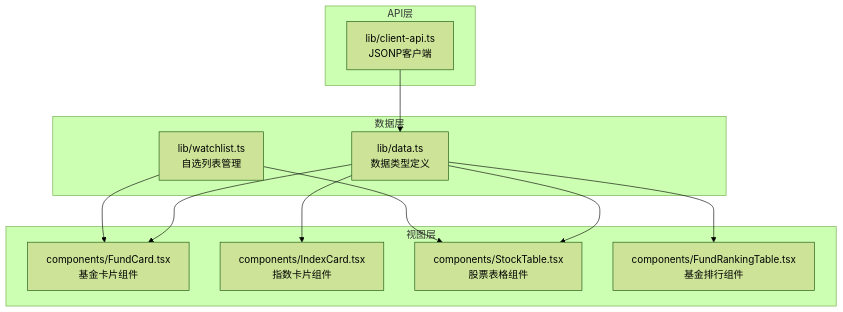
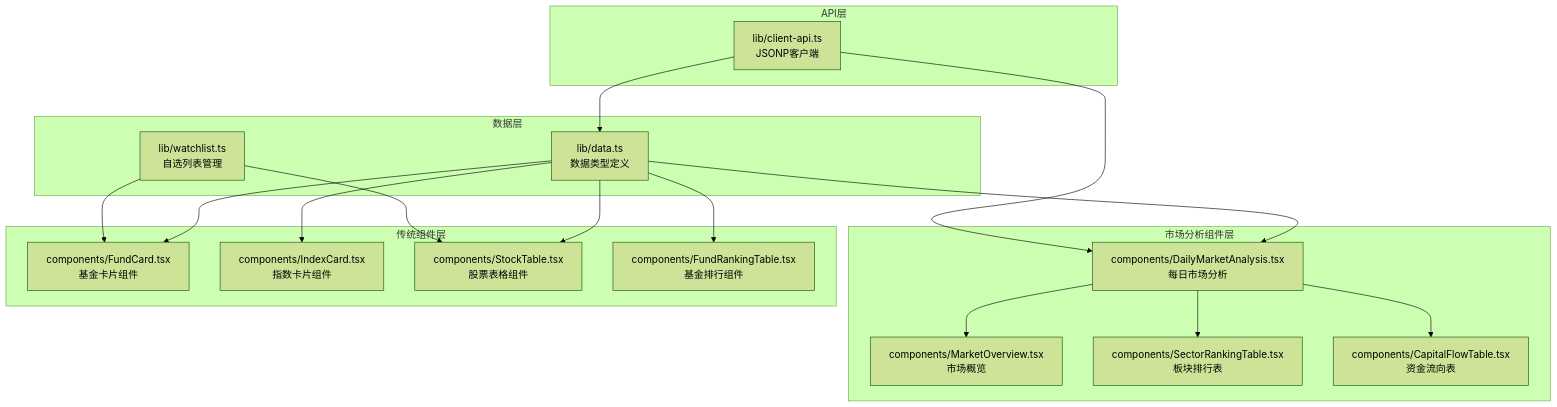
The first of 12 diagrams in .qoder/repowiki/zh/content/数据管理/数据类型定义.md (Neveryu/react-fund), drawn with Mermaid (forest theme) before and after one commit. The commit also changed other lines of this file and 15 other files, not shown here.

````diff
--- a/.qoder/repowiki/zh/content/数据管理/数据类型定义.md
+++ b/.qoder/repowiki/zh/content/数据管理/数据类型定义.md
@@ -36,23 +49,34 @@
 ```mermaid
 graph TB
 subgraph "数据层"
 DT[lib/data.ts<br/>数据类型定义]
 WL[lib/watchlist.ts<br/>自选列表管理]
 end
 subgraph "API层"
 CA[lib/client-api.ts<br/>JSONP客户端]
 end
-subgraph "视图层"
+subgraph "市场分析组件层"
+DMA[components/DailyMarketAnalysis.tsx<br/>每日市场分析]
+MO[components/MarketOverview.tsx<br/>市场概览]
+SRT[components/SectorRankingTable.tsx<br/>板块排行表]
+CFT[components/CapitalFlowTable.tsx<br/>资金流向表]
+end
+subgraph "传统组件层"
 FC[components/FundCard.tsx<br/>基金卡片组件]
 IC[components/IndexCard.tsx<br/>指数卡片组件]
 ST[components/StockTable.tsx<br/>股票表格组件]
 FR[components/FundRankingTable.tsx<br/>基金排行组件]
 end
+DT --> DMA
 DT --> FC
 DT --> IC
 DT --> ST
 DT --> FR
 CA --> DT
+CA --> DMA
 WL --> FC
 WL --> ST
+DMA --> MO
+DMA --> SRT
+DMA --> CFT
 ```
````
